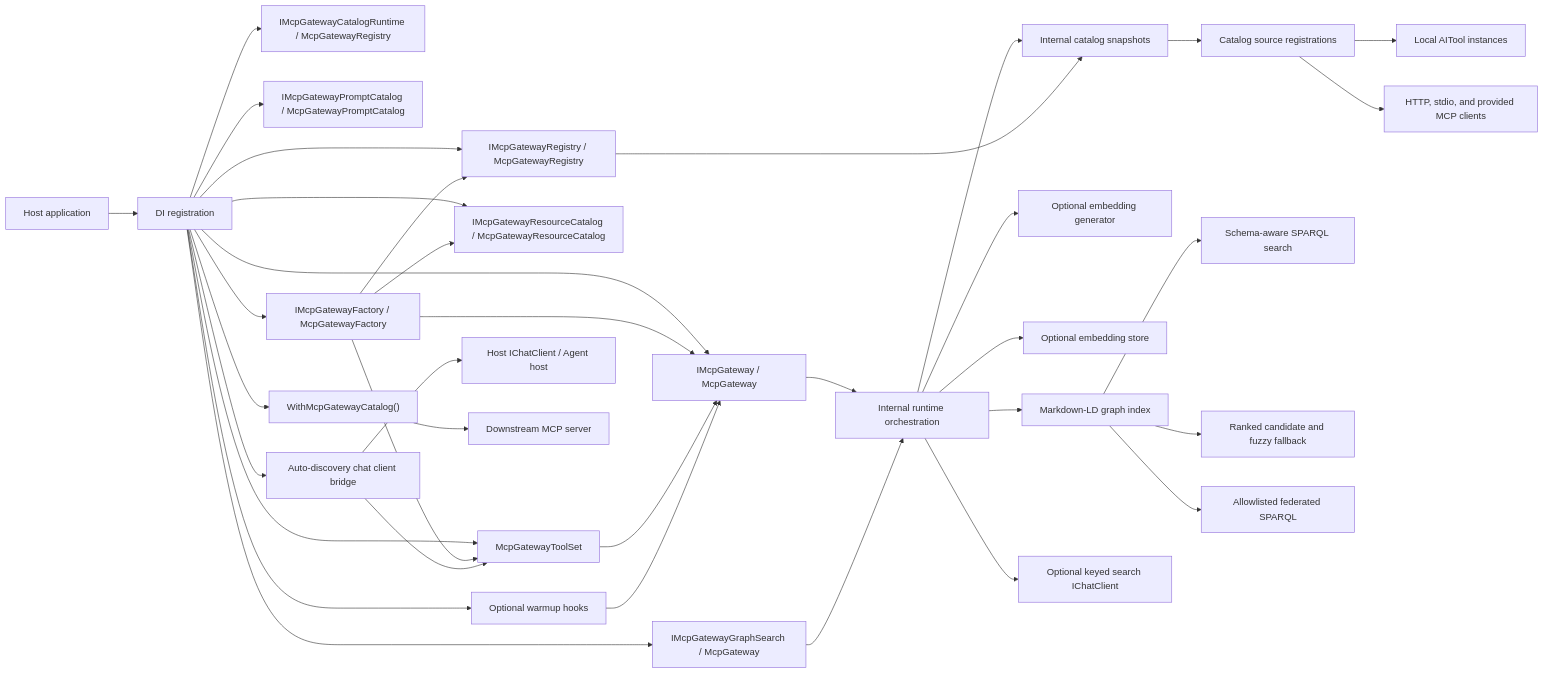
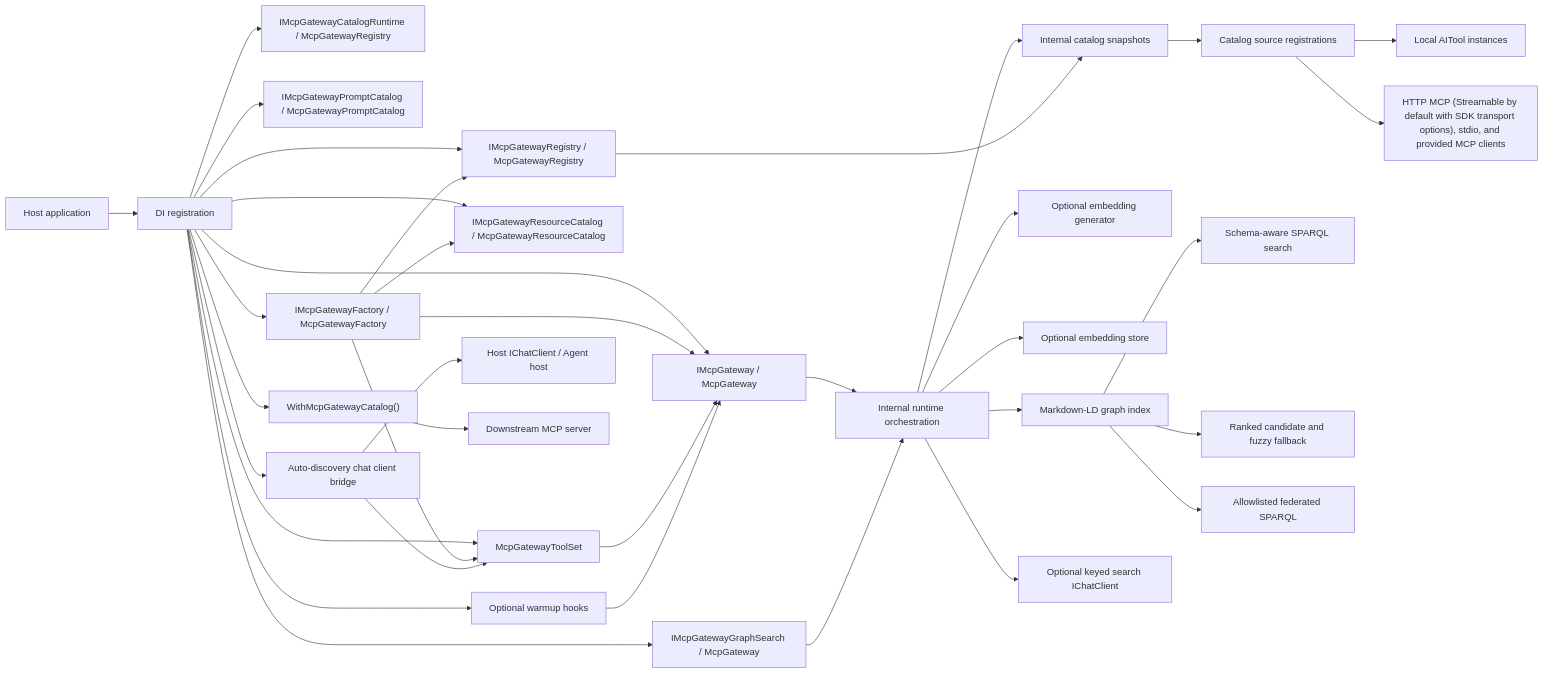
Before and after one commit to managedcode/MCPGateway: the second of 4 diagrams in docs/Architecture/Overview.md, drawn with Mermaid. The commit also changed 21 other files, not shown here.

````diff
--- a/docs/Architecture/Overview.md
+++ b/docs/Architecture/Overview.md
@@ -65,38 +65,38 @@
 ```mermaid
 flowchart LR
     Host["Host application"] --> DI["DI registration"]
     DI --> Facade["IMcpGateway / McpGateway"]
     DI --> Registry["IMcpGatewayRegistry / McpGatewayRegistry"]
     DI --> CatalogRuntime["IMcpGatewayCatalogRuntime / McpGatewayRegistry"]
     DI --> GraphSearch["IMcpGatewayGraphSearch / McpGateway"]
     DI --> PromptCatalog["IMcpGatewayPromptCatalog / McpGatewayPromptCatalog"]
     DI --> ResourceCatalog["IMcpGatewayResourceCatalog / McpGatewayResourceCatalog"]
     DI --> Factory["IMcpGatewayFactory / McpGatewayFactory"]
     DI --> ToolSet["McpGatewayToolSet"]
     DI --> McpServerExport["WithMcpGatewayCatalog()"]
     DI --> AutoDiscovery["Auto-discovery chat client bridge"]
     DI --> Warmup["Optional warmup hooks"]
     Factory --> Facade
     Factory --> Registry
     Factory --> ResourceCatalog
     Factory --> ToolSet
     ToolSet --> Facade
     AutoDiscovery --> ToolSet
     AutoDiscovery --> HostChat["Host IChatClient / Agent host"]
     Warmup --> Facade
     Facade --> Runtime["Internal runtime orchestration"]
     GraphSearch --> Runtime
     Runtime --> Catalog["Internal catalog snapshots"]
     Registry --> Catalog
     Catalog --> Sources["Catalog source registrations"]
     Sources --> Local["Local AITool instances"]
-    Sources --> MCP["HTTP, stdio, and provided MCP clients"]
+    Sources --> MCP["HTTP MCP (Streamable by default with SDK transport options), stdio, and provided MCP clients"]
     McpServerExport --> ExportedMcp["Downstream MCP server"]
     Runtime --> Embedder["Optional embedding generator"]
     Runtime --> Store["Optional embedding store"]
     Runtime --> Graph["Markdown-LD graph index"]
     Graph --> SchemaSparql["Schema-aware SPARQL search"]
     Graph --> RankedCandidates["Ranked candidate and fuzzy fallback"]
     Graph --> FederatedSparql["Allowlisted federated SPARQL"]
     Runtime --> Normalizer["Optional keyed search IChatClient"]
 ```
````
